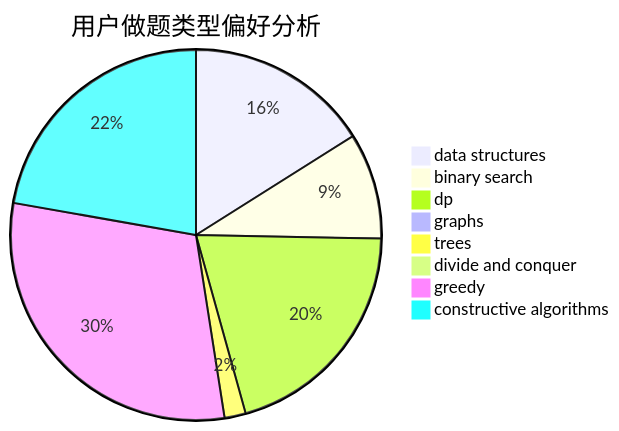
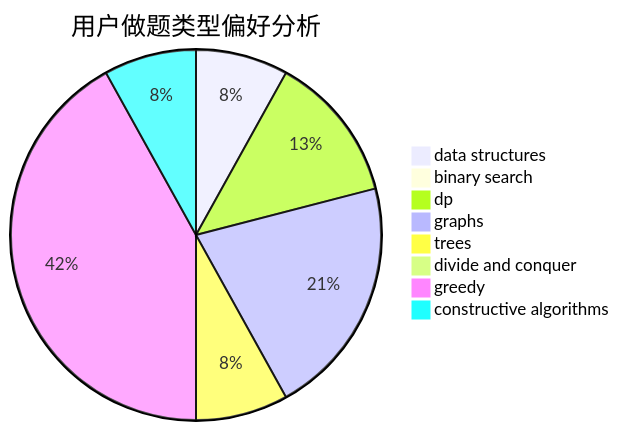
One commit to sherpahu/cfrs.github.io changed the second of 3 diagrams in docs/user/u988.md. Above: the diagram before and after it, drawn with Mermaid. The commit also changed other lines of this file and 2770 other files, not shown here.

````diff
--- a/docs/user/u988.md
+++ b/docs/user/u988.md
@@ -23,11 +23,11 @@
 ```mermaid
 pie title 用户做题类型偏好分析
-    "data structures" :  26
-    "binary search" :  15
-    "dp" :  33
-    "graphs" :  0
-    "trees" :  3
+    "data structures" :  5
+    "binary search" :  0
+    "dp" :  8
+    "graphs" :  13
+    "trees" :  5
     "divide and conquer" :  0
-    "greedy" :  49
-    "constructive algorithms" :  36
+    "greedy" :  26
+    "constructive algorithms" :  5
 ```
````
